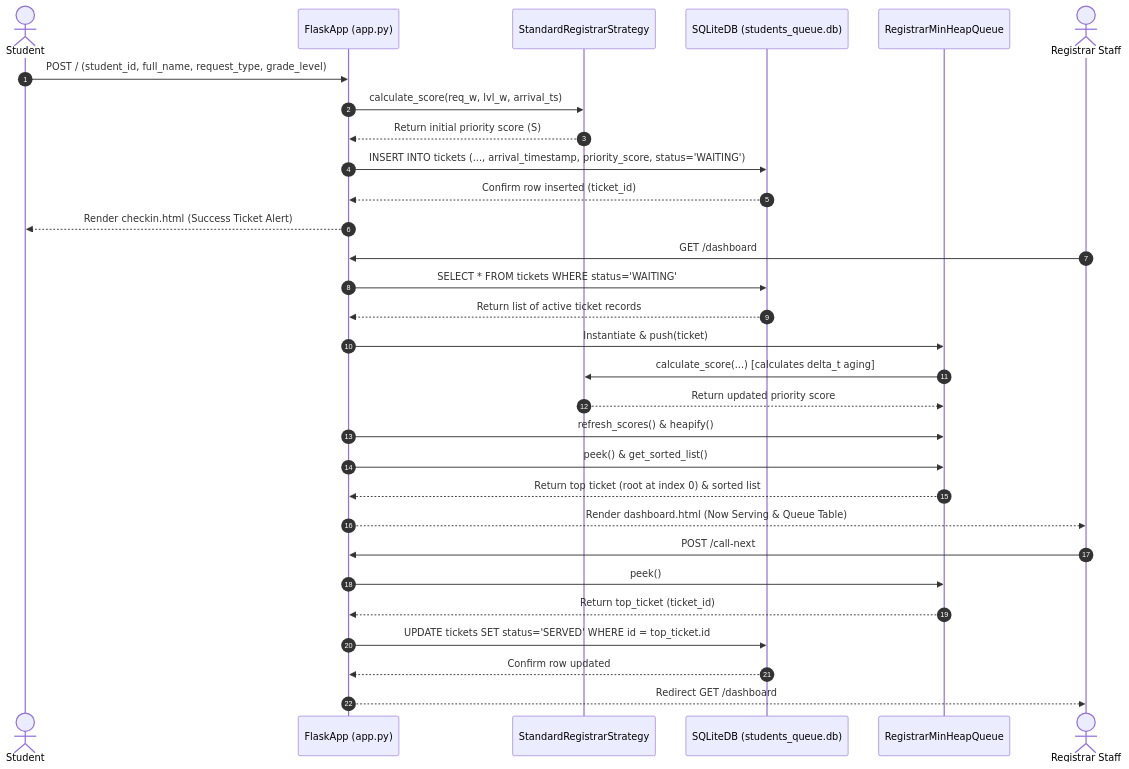
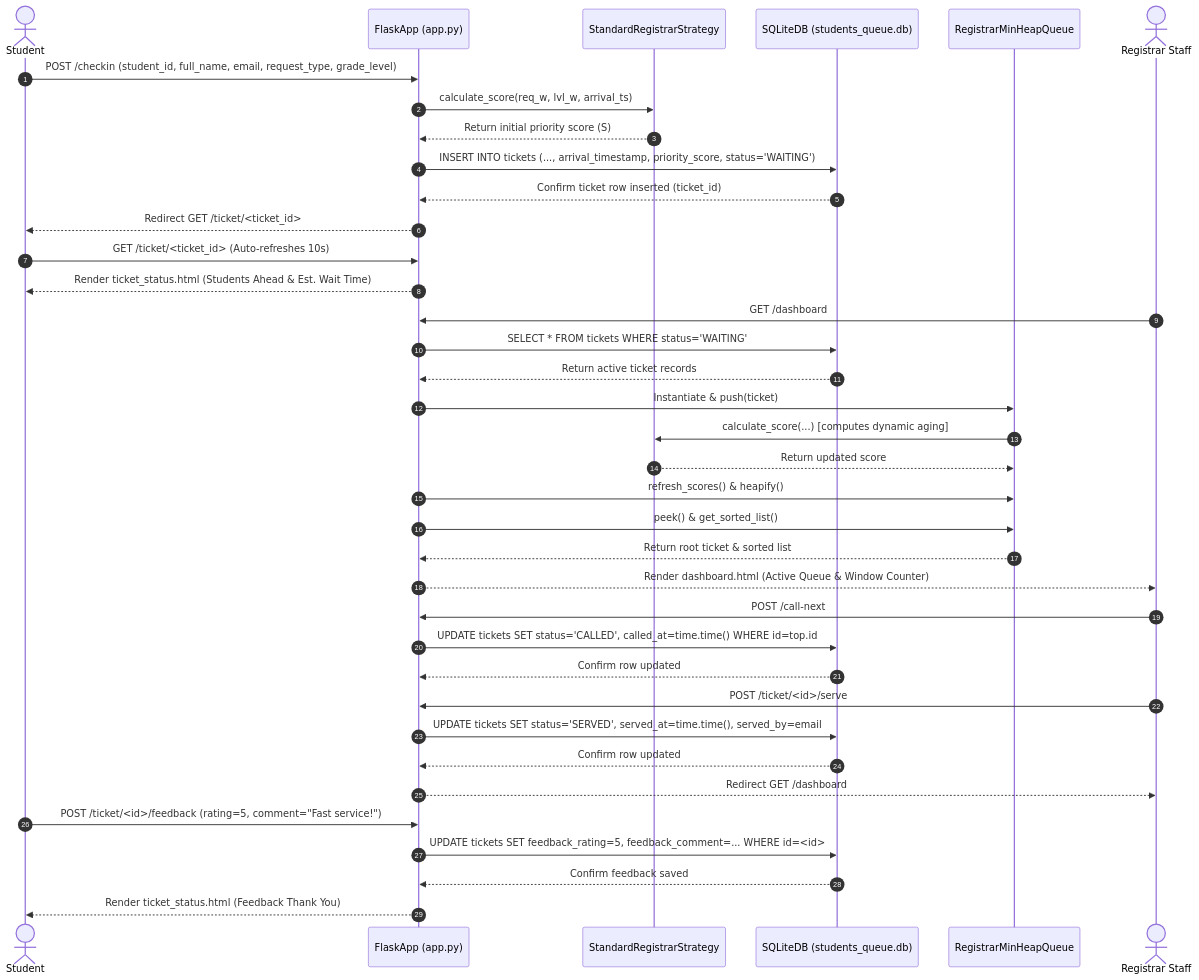
Before and after one commit to justinovate/cpe106l-4_finalproject: the fourth of 5 diagrams in PROPOSAL.md, drawn with Mermaid. The commit also changed other lines of this file and 3 other files, not shown here.

````diff
--- a/PROPOSAL.md
+++ b/PROPOSAL.md
@@ -242,38 +270,47 @@
 ```mermaid
 sequenceDiagram
     autonumber
     actor Student
     participant App as FlaskApp (app.py)
     participant Strategy as StandardRegistrarStrategy
     participant DB as SQLiteDB (students_queue.db)
     participant Heap as RegistrarMinHeapQueue
     actor Staff as Registrar Staff
 
-    %% Student Check-In Flow
-    Student->>App: POST / (student_id, full_name, request_type, grade_level)
+    %% Student Check-In & Live Tracking Flow
+    Student->>App: POST /checkin (student_id, full_name, email, request_type, grade_level)
     App->>Strategy: calculate_score(req_w, lvl_w, arrival_ts)
     Strategy-->>App: Return initial priority score (S)
     App->>DB: INSERT INTO tickets (..., arrival_timestamp, priority_score, status='WAITING')
-    DB-->>App: Confirm row inserted (ticket_id)
-    App-->>Student: Render checkin.html (Success Ticket Alert)
+    DB-->>App: Confirm ticket row inserted (ticket_id)
+    App-->>Student: Redirect GET /ticket/<ticket_id>
+    Student->>App: GET /ticket/<ticket_id> (Auto-refreshes 10s)
+    App-->>Student: Render ticket_status.html (Students Ahead & Est. Wait Time)
 
-    %% Staff Queue Monitor & Dispatch Flow
+    %% Staff Queue Monitor & Call Flow
     Staff->>App: GET /dashboard
     App->>DB: SELECT * FROM tickets WHERE status='WAITING'
-    DB-->>App: Return list of active ticket records
+    DB-->>App: Return active ticket records
     App->>Heap: Instantiate & push(ticket)
-    Heap->>Strategy: calculate_score(...) [calculates delta_t aging]
-    Strategy-->>Heap: Return updated priority score
+    Heap->>Strategy: calculate_score(...) [computes dynamic aging]
+    Strategy-->>Heap: Return updated score
     App->>Heap: refresh_scores() & heapify()
     App->>Heap: peek() & get_sorted_list()
-    Heap-->>App: Return top ticket (root at index 0) & sorted list
-    App-->>Staff: Render dashboard.html (Now Serving & Queue Table)
+    Heap-->>App: Return root ticket & sorted list
+    App-->>Staff: Render dashboard.html (Active Queue & Window Counter)
 
-    %% Call Next Ticket Flow
+    %% Call & Serve Ticket Flow
     Staff->>App: POST /call-next
-    App->>Heap: peek()
-    Heap-->>App: Return top_ticket (ticket_id)
-    App->>DB: UPDATE tickets SET status='SERVED' WHERE id = top_ticket.id
+    App->>DB: UPDATE tickets SET status='CALLED', called_at=time.time() WHERE id=top.id
+    DB-->>App: Confirm row updated
+    Staff->>App: POST /ticket/<id>/serve
+    App->>DB: UPDATE tickets SET status='SERVED', served_at=time.time(), served_by=email
     DB-->>App: Confirm row updated
     App-->>Staff: Redirect GET /dashboard
+
+    %% Student Feedback Submission
+    Student->>App: POST /ticket/<id>/feedback (rating=5, comment="Fast service!")
+    App->>DB: UPDATE tickets SET feedback_rating=5, feedback_comment=... WHERE id=<id>
+    DB-->>App: Confirm feedback saved
+    App-->>Student: Render ticket_status.html (Feedback Thank You)
 ```
````
